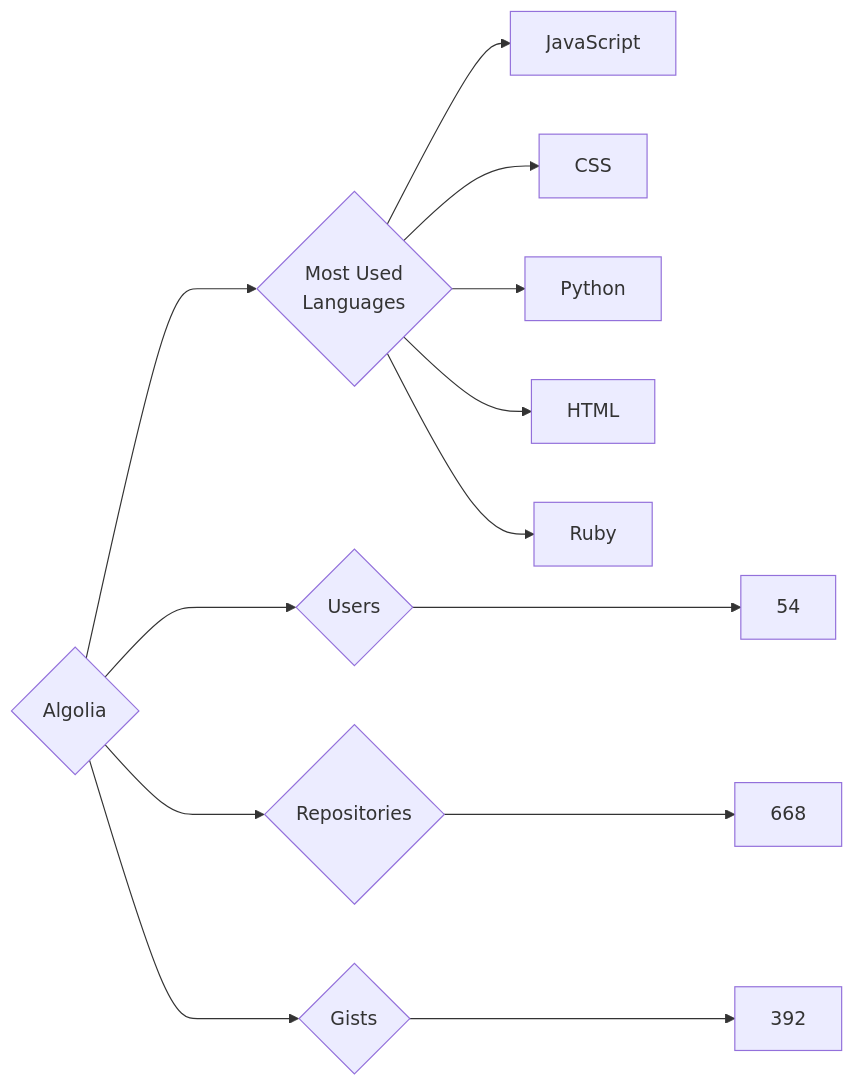
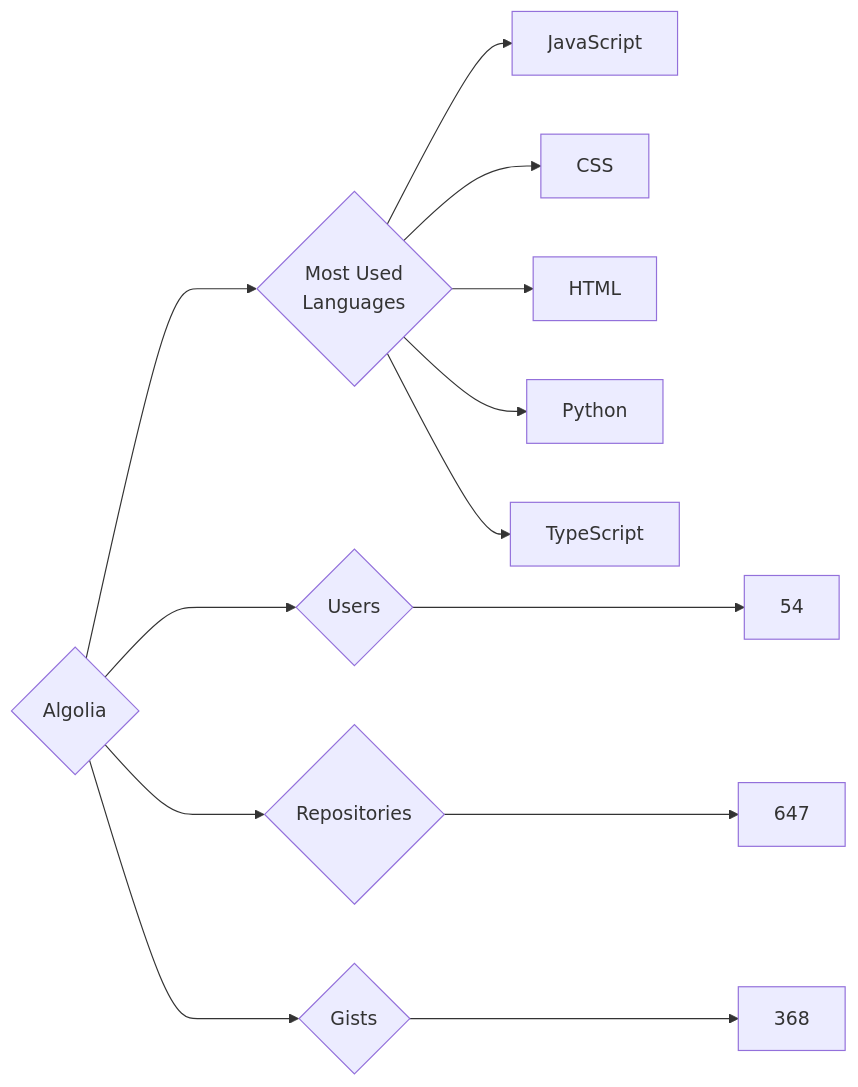
The diagram in targets/Algolia/README.md (trickest/insiders), drawn with Mermaid before and after one commit. The commit also changed 924 other files, not shown here.

````diff
--- a/targets/Algolia/README.md
+++ b/targets/Algolia/README.md
@@ -3,13 +3,13 @@
 ```mermaid
 graph LR
 COMPANY_NAME{Algolia}
 COMPANY_NAME ---> U{Users} ---> UN[54]
-COMPANY_NAME ---> R{Repositories} ---> RN[668]
-COMPANY_NAME ---> G{Gists} ---> GN[392]
+COMPANY_NAME ---> R{Repositories} ---> RN[647]
+COMPANY_NAME ---> G{Gists} ---> GN[368]
 COMPANY_NAME ---> ML{Most Used<br>Languages}
 ML --> JavaScript[JavaScript]
 ML --> CSS[CSS]
+ML --> HTML[HTML]
 ML --> Python[Python]
-ML --> HTML[HTML]
-ML --> Ruby[Ruby]
+ML --> TypeScript[TypeScript]
 ```
````
